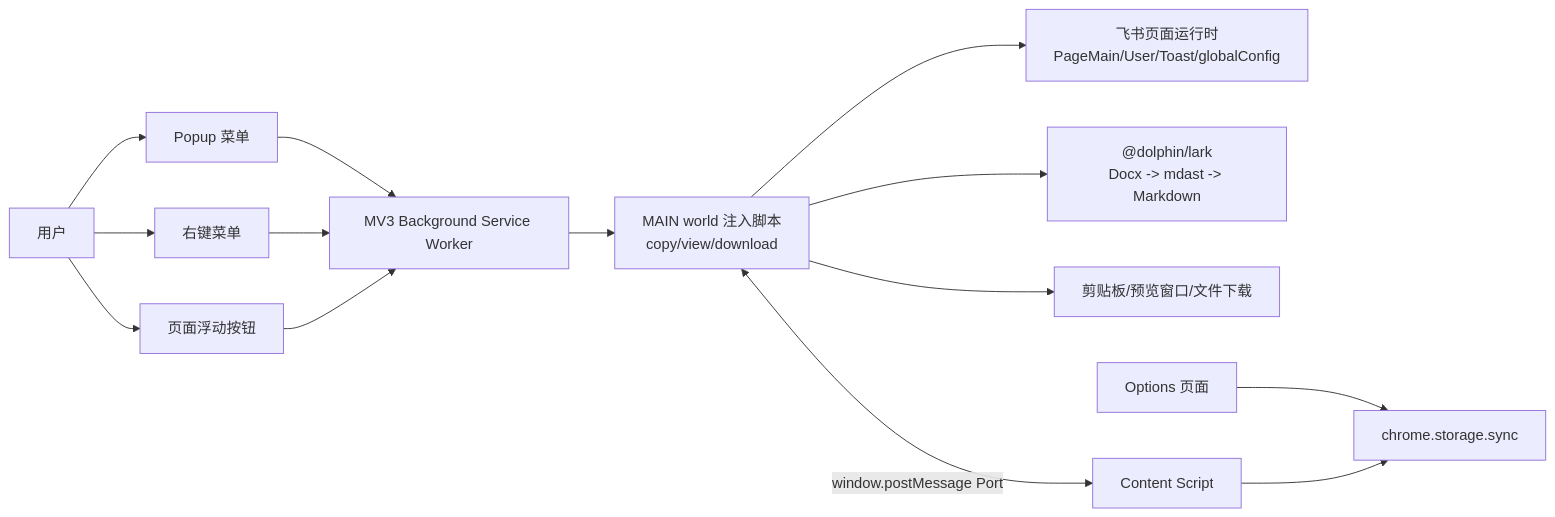
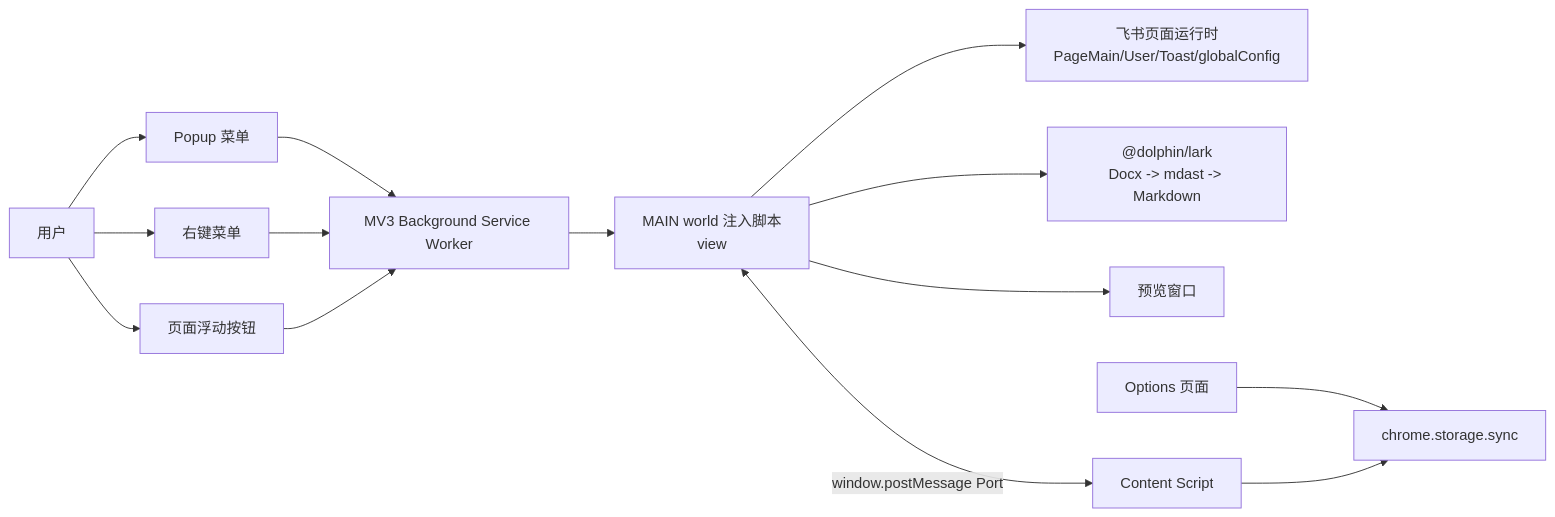
The first of 3 diagrams in docs/architecture-design.md (zhangpengfei-xyz/cloud-document-converter), drawn with Mermaid before and after one commit. The commit also changed other lines of this file and 49 other files, not shown here.

Commit message:
remove copy and download

````diff
--- a/docs/architecture-design.md
+++ b/docs/architecture-design.md
@@ -34,19 +33,19 @@
 ```mermaid
 flowchart LR
   User["用户"] --> Popup["Popup 菜单"]
   User --> ContextMenu["右键菜单"]
   User --> FloatingButtons["页面浮动按钮"]
 
   Popup --> Background["MV3 Background Service Worker"]
   ContextMenu --> Background
   FloatingButtons --> Background
 
-  Background --> InjectedScripts["MAIN world 注入脚本<br/>copy/view/download"]
+  Background --> InjectedScripts["MAIN world 注入脚本<br/>view"]
   InjectedScripts --> LarkRuntime["飞书页面运行时<br/>PageMain/User/Toast/globalConfig"]
   InjectedScripts --> LarkPackage["@dolphin/lark<br/>Docx -> mdast -> Markdown"]
-  InjectedScripts --> Output["剪贴板/预览窗口/文件下载"]
+  InjectedScripts --> Output["预览窗口"]
 
   Options["Options 页面"] --> Storage["chrome.storage.sync"]
   InjectedScripts <-->|window.postMessage Port| Content["Content Script"]
   Content --> Storage
 ```
````
